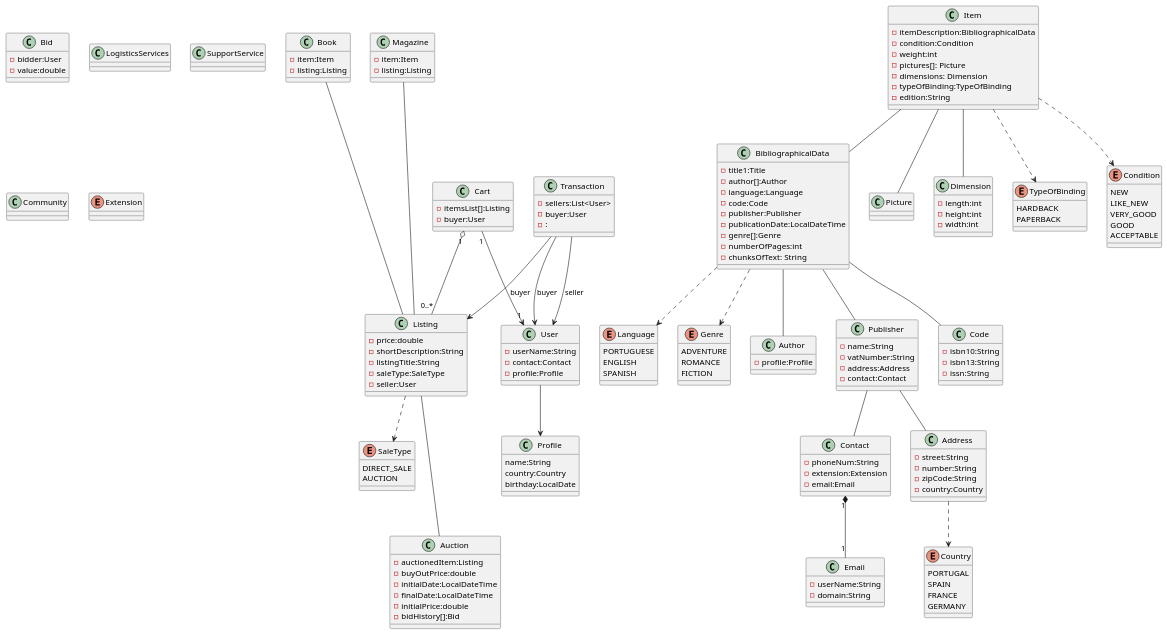
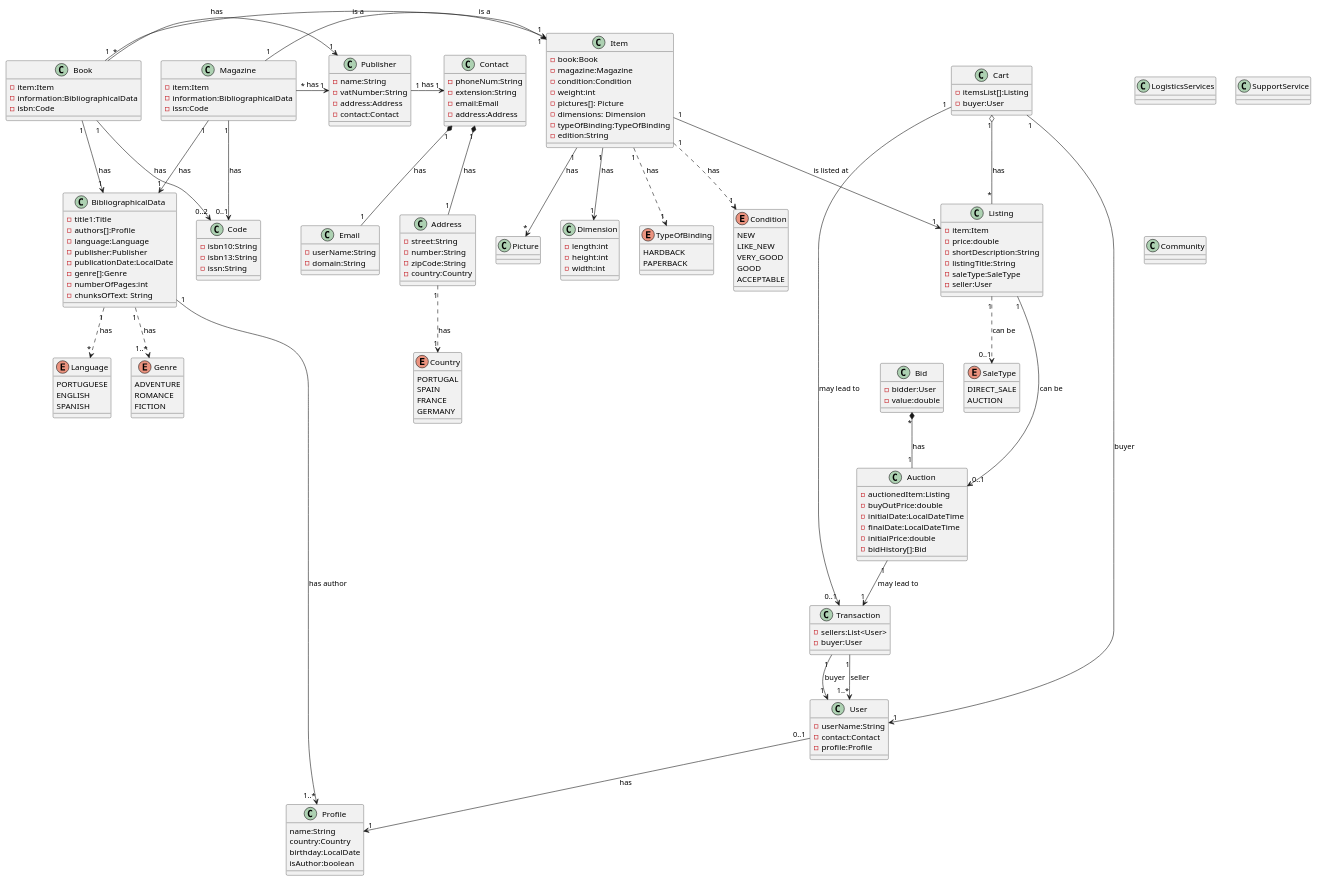
Before and after one commit to davidmarqq/MainProject_SWitCH: the diagram in DomainModel/DOO.puml, drawn with PlantUML.

```diff
--- a/DomainModel/DOO.puml
+++ b/DomainModel/DOO.puml
@@ -2,63 +2,78 @@
 'https://plantuml.com/class-diagram
 
 /' ========= '/
-Listing --- Auction
-Listing ..> SaleType
-
-/' ========= '/
-Book --- Listing
-Magazine --- Listing
-
-/' ========= '/
-BibliographicalData ..> Language 
-BibliographicalData ..> Genre 
-BibliographicalData -- Author
-BibliographicalData -- Publisher
-BibliographicalData -- Code
-
+Listing "1" ---> "0..1" Auction : can be
+Listing "1" ..> "0..1" SaleType : can be
 
 
 /' ========= '/
-Item -- BibliographicalData
-Item -- Picture
-Item -- Dimension
-Item ..> TypeOfBinding
-Item ..> Condition
+BibliographicalData "1" ..> "*" Language : has
+BibliographicalData "1" ..> "1..*" Genre : has
+BibliographicalData "1" --> "1..*" Profile : has author
 
 
 /' ========= '/
-Cart "1" o-- "0..*" Listing
-Cart "1" --> "1" User : buyer
-
-/' ========= '/
-Transaction --> Listing
-Transaction --> User : seller
-Transaction --> User : buyer
-
-/' ========= '/
-User --> Profile
-
+Book " 1" --> " 1" BibliographicalData : has
+Book "1" -> "1" Item : is a
+Book "1" --> "0..2" Code : has
+Book "*" -> "1" Publisher : has
 
 
 /' ========= '/
-Contact "1" *-- "1" Email
+Magazine "   1" --> "  1" BibliographicalData : has
+Magazine "1" -> "1" Item : is a
+Magazine "1" --> "0..1" Code : has
+Magazine "*" -> "1" Publisher : has
+
+ 
+/' ========= '/
+Item "1" --> "*" Picture : has 
+Item "1" --> "1" Dimension : has
+Item "1" ..> "1" TypeOfBinding : has
+Item "1" ..> "1" Condition : has
+Item "1" --> "1" Listing : is listed at
+
+/' ========= '/
+Cart "1" o-- "*" Listing : has
+Cart "1" --> "1" User : buyer
+Cart "1" --> "0..1" Transaction : may lead to
+
+/' ========= '/
+Transaction "1" --> "1..*" User : seller
+Transaction "  1" --> "  1" User : buyer
+
+Auction "1" --> "1" Transaction : may lead to
+
+/' ========= '/
+Bid "*" *-- "1" Auction : has
+
+/' ========= '/
+User "0..1" --> "1" Profile : has
 
 
-Address ..> Country
+/' ========= '/
+Contact "1" *-- "1" Email : has
+Contact "1" *-- "1" Address : has
+
+Address "1" ..> "1" Country : has
 
 /' ========= '/
-Publisher -- Address
-Publisher -- Contact
+Publisher "1" -> "1" Contact : has
+
+/' ========= '/
+
 
 
 class Book {
     - item:Item
-    - listing:Listing
+    - information:BibliographicalData
+    - isbn:Code
 }
 
 class Magazine {
     - item:Item
-    - listing:Listing
+    - information:BibliographicalData
+    - issn:Code
 }
 
 class User {
@@ -71,16 +86,13 @@
     name:String
     country:Country
     birthday:LocalDate
-}
-
-
-class Author {
-    - profile:Profile
+    isAuthor:boolean
 }
 
 
 class Item {
-    -itemDescription:BibliographicalData
+    - book:Book
+    - magazine:Magazine
     - condition:Condition
     - weight:int
     - pictures[]: Picture
@@ -92,19 +104,17 @@
 
 class BibliographicalData {
     - title1:Title
-    - author[]:Author
+    - authors[]:Profile
     - language:Language
-    - code:Code
     - publisher:Publisher
-    - publicationDate:LocalDateTime
+    - publicationDate:LocalDate
     - genre[]:Genre
     - numberOfPages:int
     - chunksOfText: String
-
 }
 
 class Listing {
-    /'- item:Item'/
+    - item:Item
     - price:double
     - shortDescription:String
     - listingTitle:String
@@ -139,8 +149,6 @@
 class Transaction {
     - sellers:List<User>
     - buyer:User
-    - :
-
 }
 
 
@@ -194,8 +202,9 @@
 
 class Contact {
     - phoneNum:String
-    - extension:Extension
+    - extension:String
     - email:Email /'review'/
+    - address:Address
 }
 
 class Email {
@@ -220,10 +229,6 @@
     AUCTION
 }
 
-enum Extension {
-
-}
-
 enum Condition {
     NEW
     LIKE_NEW
@@ -232,4 +237,5 @@
     ACCEPTABLE
 }
 
+
 @enduml
```
